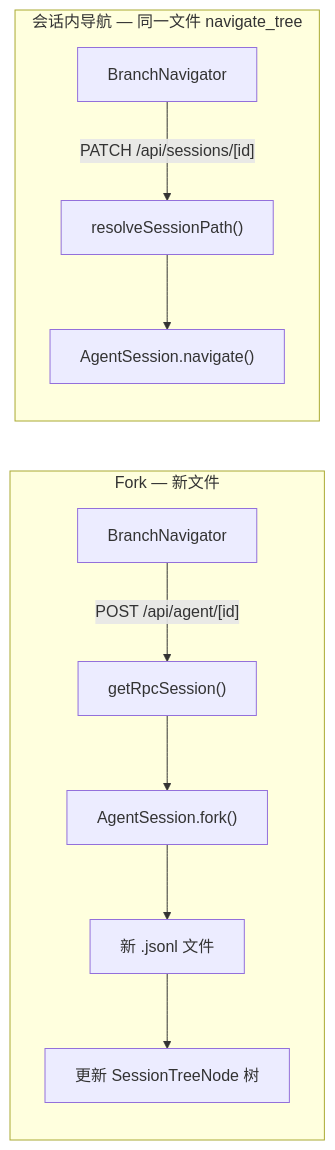
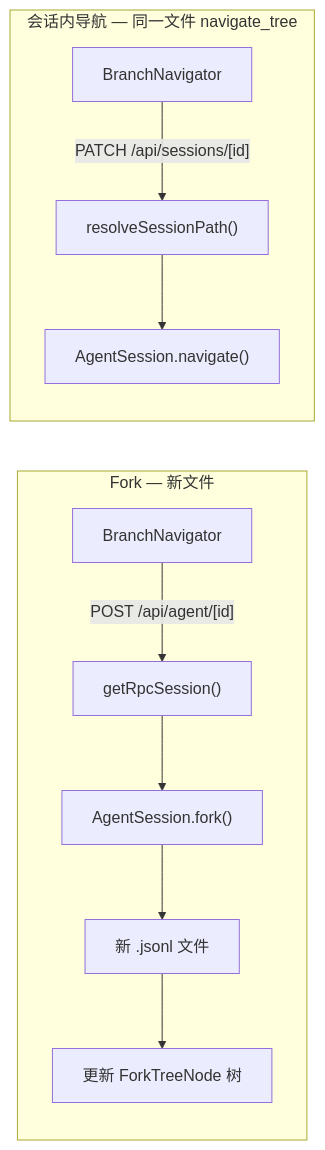
The sixth of 10 diagrams in ROADMAP.md (minuque/no-pi-no-gang), drawn with Mermaid before and after one commit. The commit also changed other lines of this file and 15 other files, not shown here.

First line of the commit message:
feat: 移除助手图标 + 文件夹预览支持

````diff
--- a/ROADMAP.md
+++ b/ROADMAP.md
@@ -391,14 +391,14 @@
 ```mermaid
 flowchart LR
     subgraph Fork["Fork — 新文件"]
         A["BranchNavigator"] -->|"POST /api/agent/[id]"| B["getRpcSession()"]
         B --> C["AgentSession.fork()"]
         C --> D["新 .jsonl 文件"]
-        D --> E["更新 SessionTreeNode 树"]
+        D --> E["更新 ForkTreeNode 树"]
     end
 
     subgraph Nav["会话内导航 — 同一文件 navigate_tree"]
         F["BranchNavigator"] -->|"PATCH /api/sessions/[id]"| G["resolveSessionPath()"]
         G --> H["AgentSession.navigate()"]
     end
 ```
````
